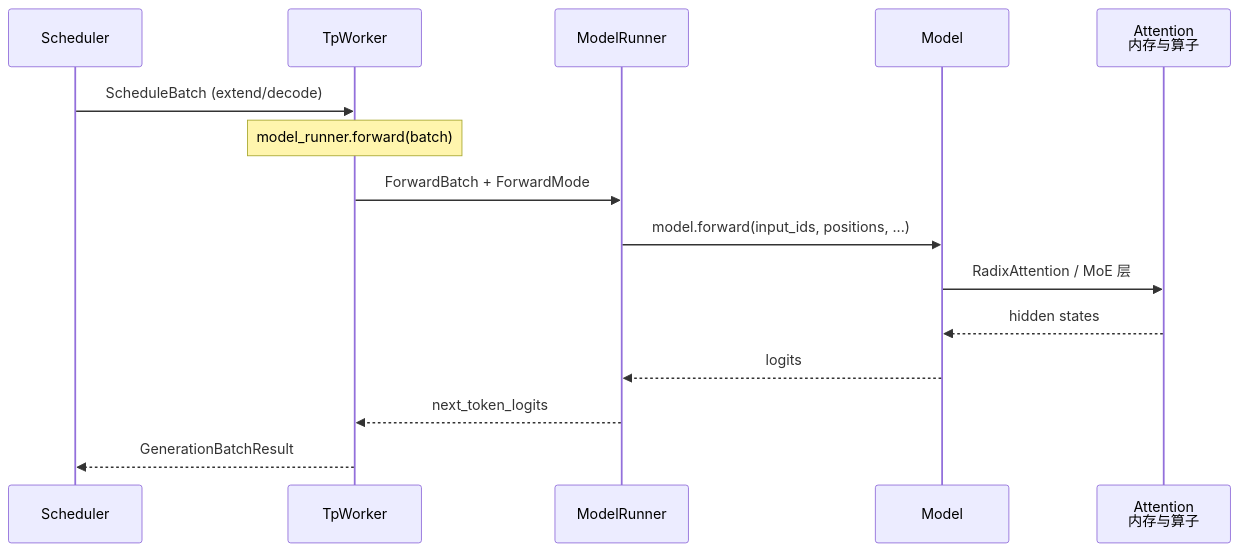
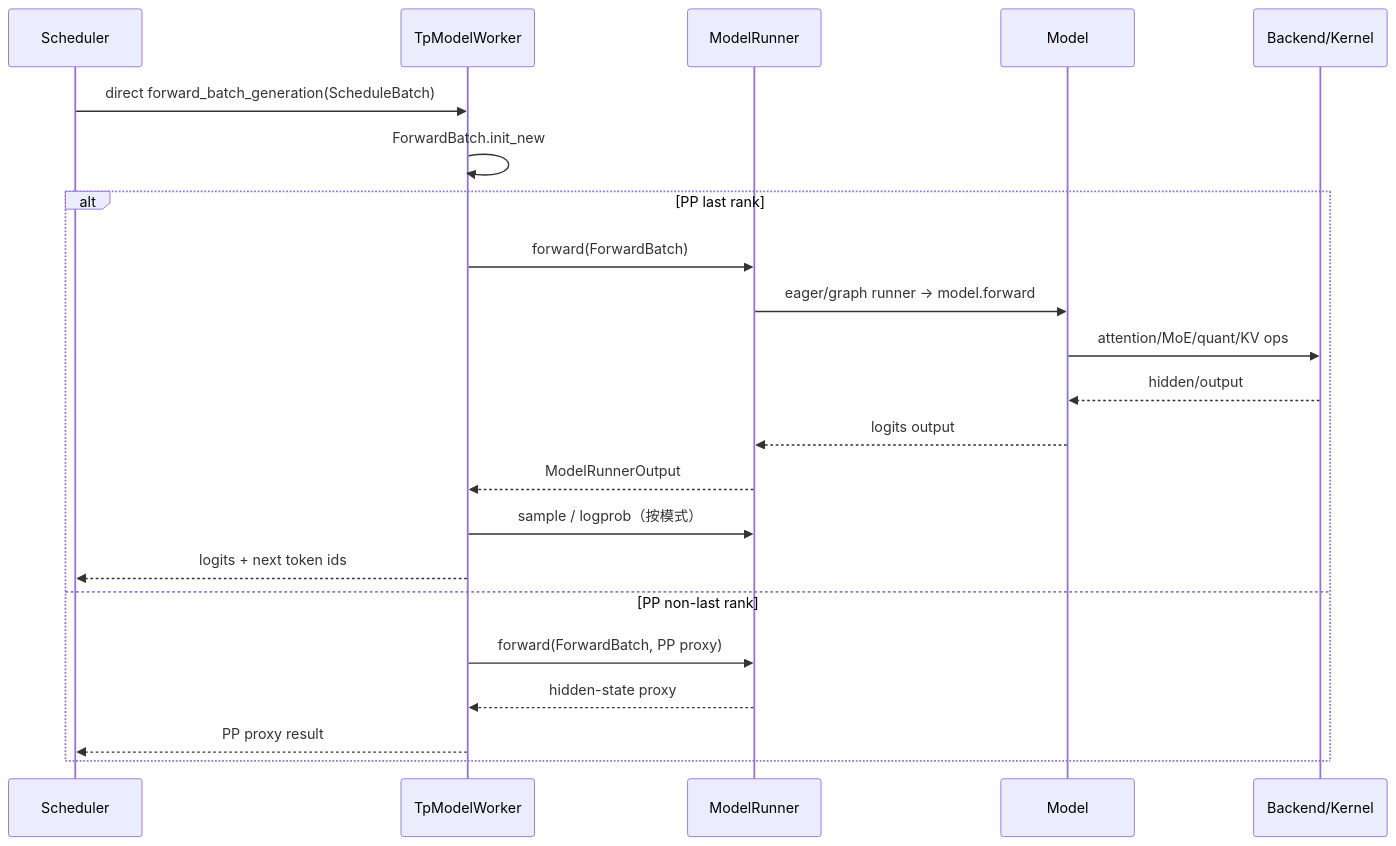
The diagram in sglang_reading/模型执行/SGLang-模型执行.md (OnlyHero5/sglang-reading-vault), drawn with Mermaid before and after one commit. The commit also changed other lines of this file and 512 other files, not shown here.

````diff
--- a/sglang_reading/模型执行/SGLang-模型执行.md
+++ b/sglang_reading/模型执行/SGLang-模型执行.md
@@ -36,18 +47,25 @@
 ```mermaid
 sequenceDiagram
- participant SCH as Scheduler
- participant TW as TpWorker
- participant MR as ModelRunner
- participant MD as Model
- participant ATTN as Attention<br/>内存与算子
+    participant S as Scheduler
+    participant W as TpModelWorker
+    participant R as ModelRunner
+    participant M as Model
+    participant K as Backend/Kernel
 
- SCH->>TW: ScheduleBatch (extend/decode)
- Note over TW: model_runner.forward(batch)
- TW->>MR: ForwardBatch + ForwardMode
- MR->>MD: model.forward(input_ids, positions, ...)
- MD->>ATTN: RadixAttention / MoE 层
- ATTN-->>MD: hidden states
- MD-->>MR: logits
- MR-->>TW: next_token_logits
- TW-->>SCH: GenerationBatchResult
+    S->>W: direct forward_batch_generation(ScheduleBatch)
+    W->>W: ForwardBatch.init_new
+    alt PP last rank
+        W->>R: forward(ForwardBatch)
+        R->>M: eager/graph runner → model.forward
+        M->>K: attention/MoE/quant/KV ops
+        K-->>M: hidden/output
+        M-->>R: logits output
+        R-->>W: ModelRunnerOutput
+        W->>R: sample / logprob（按模式）
+        W-->>S: logits + next token ids
+    else PP non-last rank
+        W->>R: forward(ForwardBatch, PP proxy)
+        R-->>W: hidden-state proxy
+        W-->>S: PP proxy result
+    end
 ```
````
